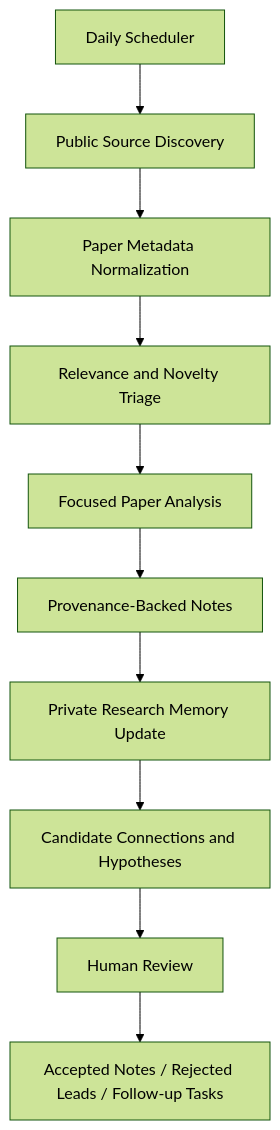
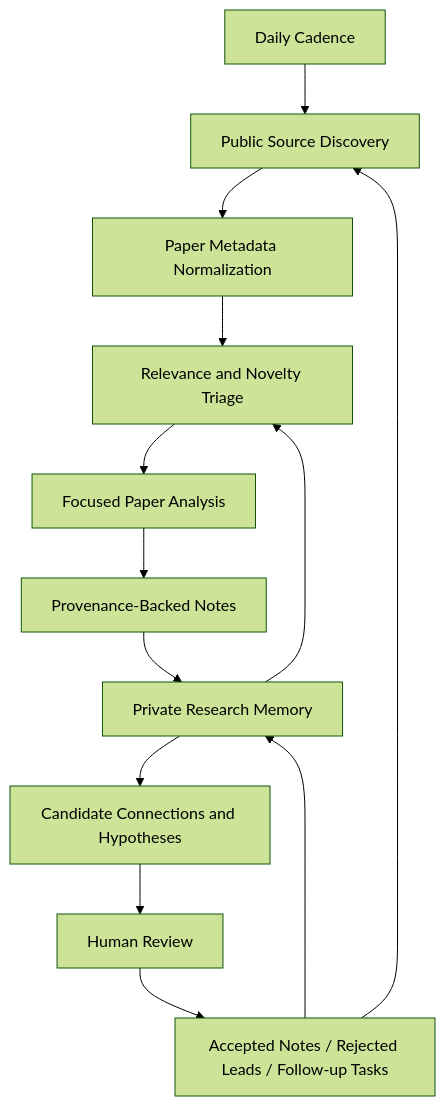
One commit to danieltty/quantum-research-agent-public changed the diagram in README.md. Above: the diagram before and after it, drawn with Mermaid (forest theme). The commit also changed other lines of this file and 5 other files, not shown here.

````diff
--- a/README.md
+++ b/README.md
@@ -37,12 +37,15 @@
 ```mermaid
 flowchart TD
-  A[Daily Scheduler] --> B[Public Source Discovery]
+  A[Daily Cadence] --> B[Public Source Discovery]
   B --> C[Paper Metadata Normalization]
   C --> D[Relevance and Novelty Triage]
+  M[Private Research Memory] --> D
   D --> E[Focused Paper Analysis]
   E --> F[Provenance-Backed Notes]
-  F --> G[Private Research Memory Update]
-  G --> H[Candidate Connections and Hypotheses]
-  H --> I[Human Review]
-  I --> J[Accepted Notes / Rejected Leads / Follow-up Tasks]
+  F --> M
+  M --> G[Candidate Connections and Hypotheses]
+  G --> H[Human Review]
+  H --> I[Accepted Notes / Rejected Leads / Follow-up Tasks]
+  I --> M
+  I --> B
 ```
````
